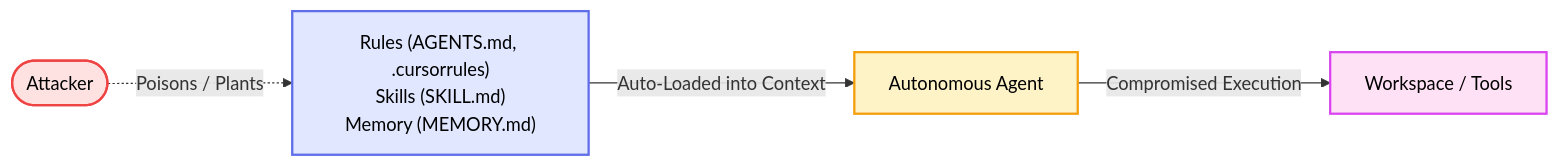
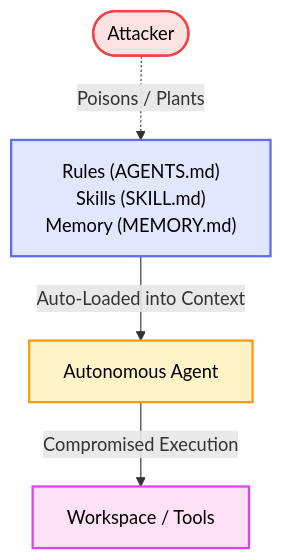
Before and after one commit to felipepenha/gurple: the eighth of 13 diagrams in docs/attack_entry_points/index.md, drawn with Mermaid. The commit also changed other lines of this file and 1 other file, not shown here.

Commit message:
docs(entry-points): enforce black font on mermaid diagrams and refine rules entry point

````diff
--- a/docs/attack_entry_points/index.md
+++ b/docs/attack_entry_points/index.md
@@ -195,16 +195,16 @@
     ```mermaid
-    graph LR
-        Attacker(["Attacker"]) -.->|"Poisons / Plants"| Files["<span style='color:#000'>Rules (AGENTS.md, .cursorrules)<br />Skills (SKILL.md)<br />Memory (MEMORY.md)</span>"]
-        Files -->|"Auto-Loaded into Context"| Agent["Autonomous Agent"]
-        Agent -->|"Compromised Execution"| Env["Workspace / Tools"]
+    graph TB
+        Attacker(["<span style='color:#000'>Attacker</span>"]) -.->|"Poisons / Plants"| Files["<span style='color:#000'>Rules (AGENTS.md)<br />Skills (SKILL.md)<br />Memory (MEMORY.md)</span>"]
+        Files -->|"Auto-Loaded into Context"| Agent["<span style='color:#000'>Autonomous Agent</span>"]
+        Agent -->|"Compromised Execution"| Env["<span style='color:#000'>Workspace / Tools</span>"]
 
         classDef red fill:#fee2e2,stroke:#ef4444,stroke-width:2px,color:#000;
         classDef yellow fill:#fef3c7,stroke:#f59e0b,stroke-width:2px,color:#000;
         classDef blue fill:#e0e7ff,stroke:#5f6de9,stroke-width:2px,color:#000;
         classDef purple fill:#ffe1f5,stroke:#d946ef,stroke-width:2px,color:#000;
 
         class Attacker red;
         class Files blue;
         class Agent yellow;
         class Env purple;
     ```
````
